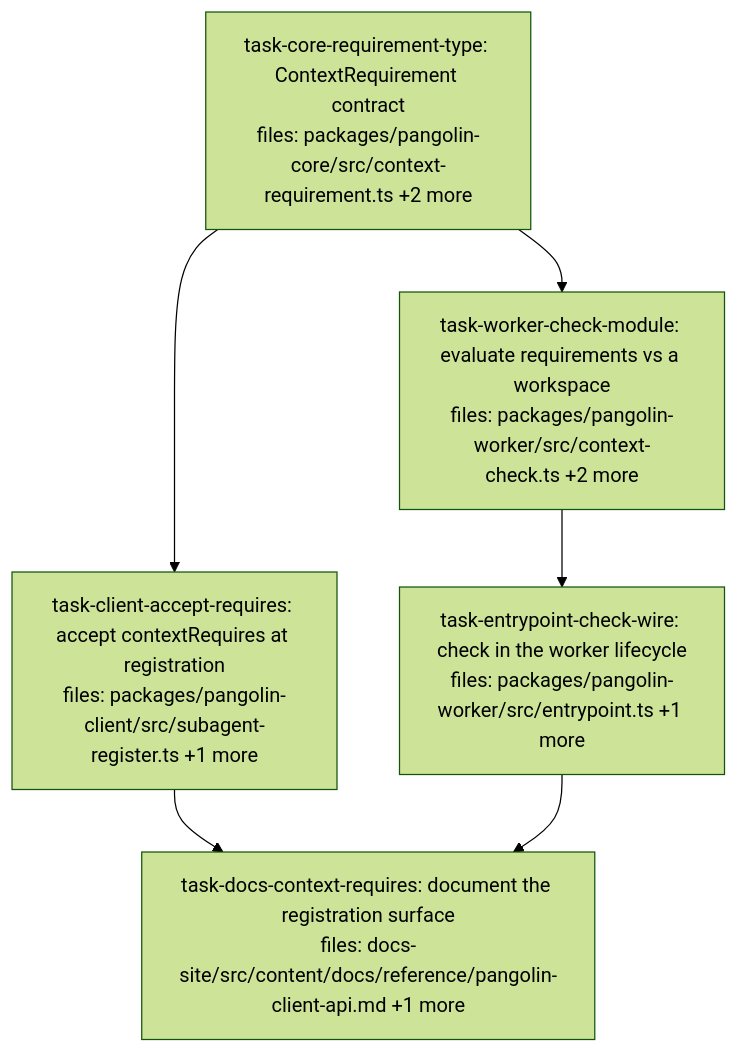
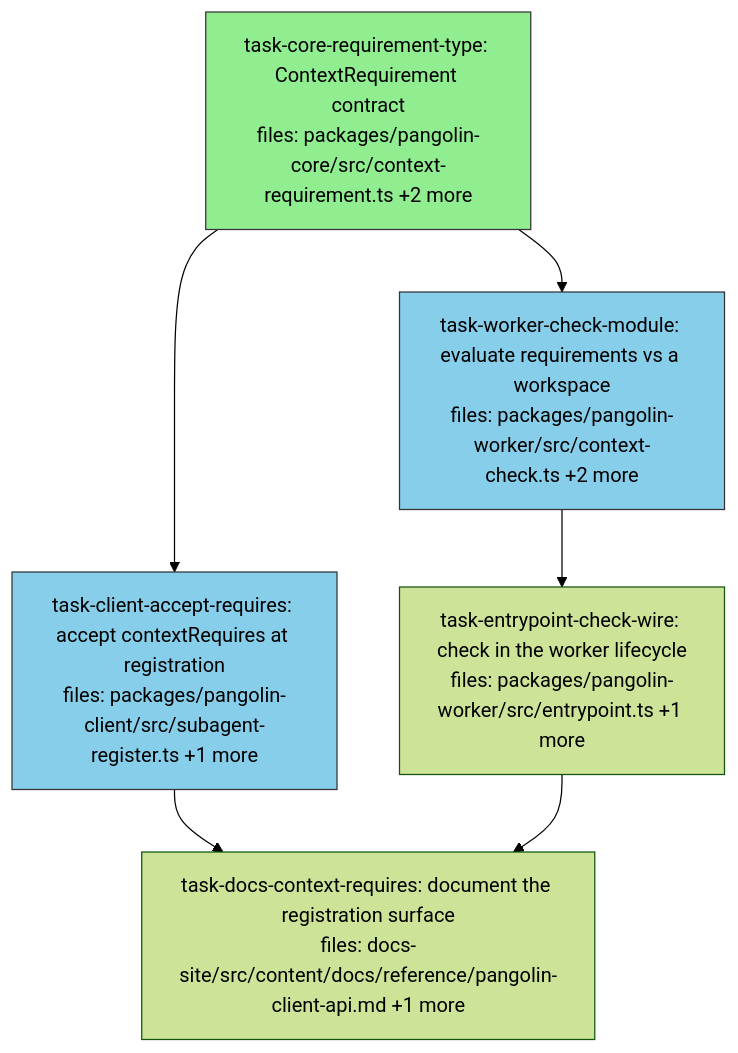
Before and after one commit to QuarrySystems/pangolin: the diagram in docs/superpowers/plans/2026-08-03-staged-context-verification-dag.md, drawn with Mermaid (forest theme). The commit also changed other lines of this file, not shown here.

Commit message:
chore(plan): task-core-requirement-type done; dispatch tick 2 (client + worker in parallel)

````diff
--- a/docs/superpowers/plans/2026-08-03-staged-context-verification-dag.md
+++ b/docs/superpowers/plans/2026-08-03-staged-context-verification-dag.md
@@ -9,20 +9,20 @@
 ```mermaid
 flowchart TD
-    task-core-requirement-type["task-core-requirement-type: ContextRequirement contract<br/>files: packages/pangolin-core/src/context-requirement.ts +2 more"]
-    task-client-accept-requires["task-client-accept-requires: accept contextRequires at registration<br/>files: packages/pangolin-client/src/subagent-register.ts +1 more"]
-    task-worker-check-module["task-worker-check-module: evaluate requirements vs a workspace<br/>files: packages/pangolin-worker/src/context-check.ts +2 more"]
+    task-core-requirement-type["task-core-requirement-type: ContextRequirement contract<br/>files: packages/pangolin-core/src/context-requirement.ts +2 more"]:::done
+    task-client-accept-requires["task-client-accept-requires: accept contextRequires at registration<br/>files: packages/pangolin-client/src/subagent-register.ts +1 more"]:::running
+    task-worker-check-module["task-worker-check-module: evaluate requirements vs a workspace<br/>files: packages/pangolin-worker/src/context-check.ts +2 more"]:::running
     task-entrypoint-check-wire["task-entrypoint-check-wire: check in the worker lifecycle<br/>files: packages/pangolin-worker/src/entrypoint.ts +1 more"]
     task-docs-context-requires["task-docs-context-requires: document the registration surface<br/>files: docs-site/src/content/docs/reference/pangolin-client-api.md +1 more"]
 
     task-core-requirement-type --> task-client-accept-requires
     task-core-requirement-type --> task-worker-check-module
     task-worker-check-module --> task-entrypoint-check-wire
     task-client-accept-requires --> task-docs-context-requires
     task-entrypoint-check-wire --> task-docs-context-requires
 
     classDef done fill:#90ee90,stroke:#333
     classDef ready fill:#fffacd,stroke:#333
     classDef running fill:#87ceeb,stroke:#333
     classDef failed fill:#ffb6c1,stroke:#333
     classDef skipped fill:#d3d3d3,stroke:#333,stroke-dasharray: 5 5
 ```
````
